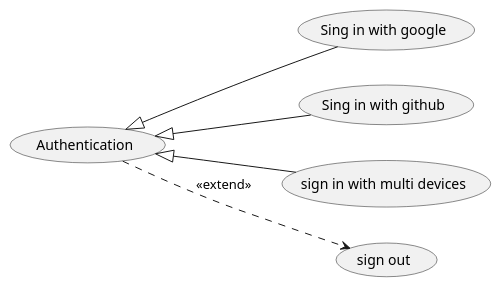
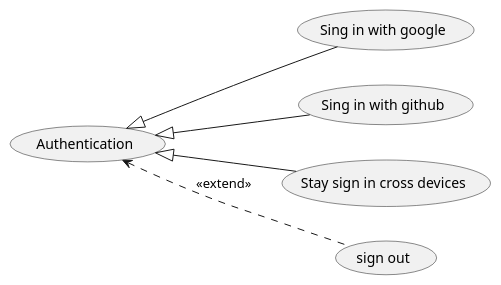
Before and after one commit to souhaib-askri/report_pfe: the diagram in conception/SprintII/use_case_diagrams/refined_use_case_feature_auth.puml, drawn with PlantUML. The commit also changed 22 other files, not shown here.

Commit message:
report: correct diagrams ,delete visitor

```diff
--- a/conception/SprintII/use_case_diagrams/refined_use_case_feature_auth.puml
+++ b/conception/SprintII/use_case_diagrams/refined_use_case_feature_auth.puml
@@ -1,17 +1,17 @@
 @startuml
 
 left to right direction
 
 usecase "Authentication" as user_auth
 
 usecase "Sing in with google" as signInWithGoogle
 usecase "Sing in with github" as signInWithGithub
-usecase "sign in with multi devices" as signInWithMultiDevices
+usecase "Stay sign in cross devices" as signInWithMultiDevices
 usecase "sign out" as signOut
 
 user_auth <|-- signInWithGoogle 
 user_auth <|-- signInWithGithub
 user_auth <|-- signInWithMultiDevices
-user_auth ..> signOut : <<extend>>
+user_auth <.. signOut : <<extend>>
 
 @enduml
```
